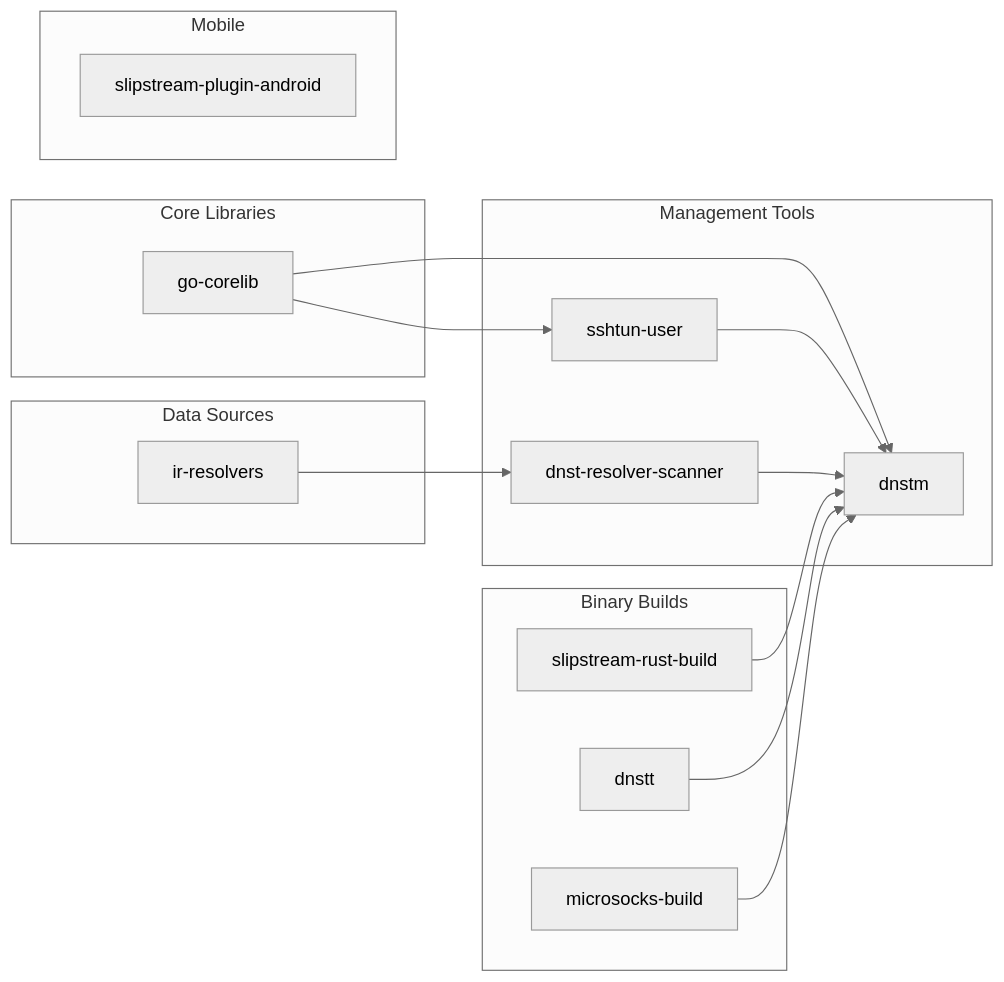
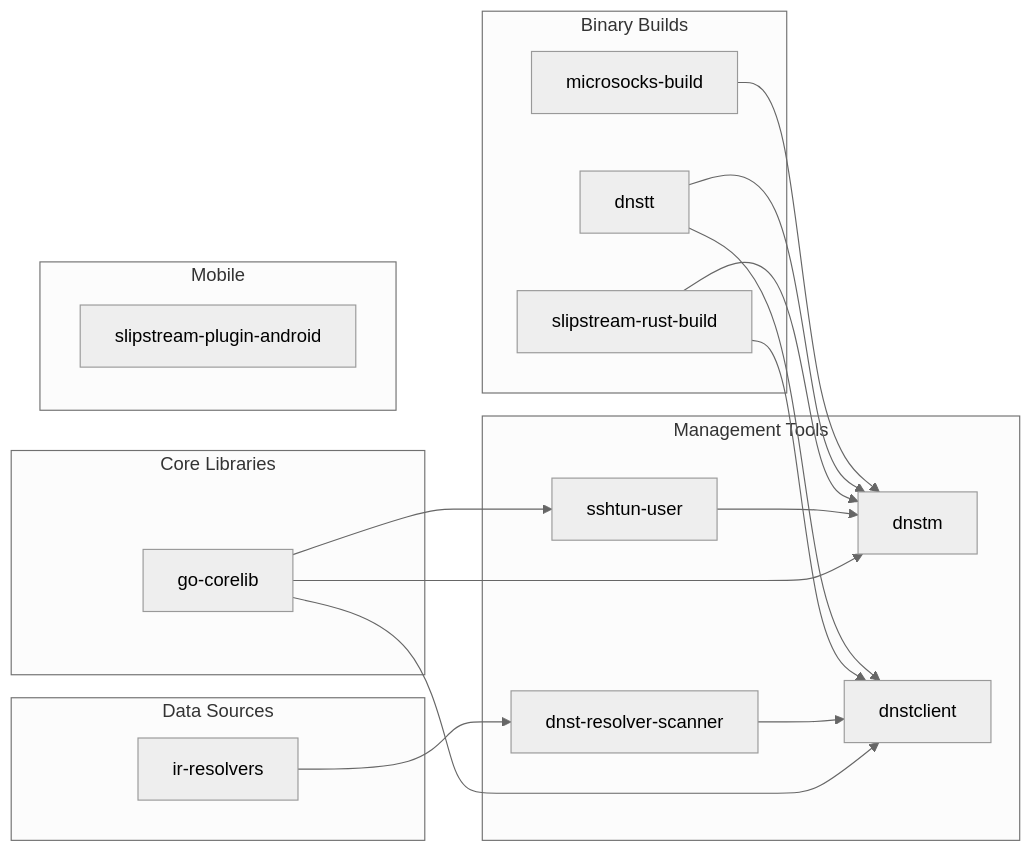
The third of 3 diagrams in profile/README.md (net2share/.github), drawn with Mermaid (neutral theme) before and after one commit. The commit also changed other lines of this file, not shown here.

Commit message:
docs: separate dnstclient from dnstm as standalone project

````diff
--- a/profile/README.md
+++ b/profile/README.md
@@ -202,35 +202,39 @@
 ```mermaid
 flowchart LR
     subgraph core["Core Libraries"]
         A[go-corelib]
     end
 
     subgraph tools["Management Tools"]
         B[dnstm]
+        B2[dnstclient]
         C[sshtun-user]
         D[dnst-resolver-scanner]
     end
 
     subgraph data["Data Sources"]
         E[ir-resolvers]
     end
 
     subgraph builds["Binary Builds"]
         F[slipstream-rust-build]
         G[dnstt]
         H[microsocks-build]
     end
 
     subgraph mobile["Mobile"]
         I[slipstream-plugin-android]
     end
 
     A --> B
+    A --> B2
     A --> C
     C --> B
     E --> D
-    D --> B
+    D --> B2
     F --> B
+    F --> B2
     G --> B
+    G --> B2
     H --> B
 ```
````
